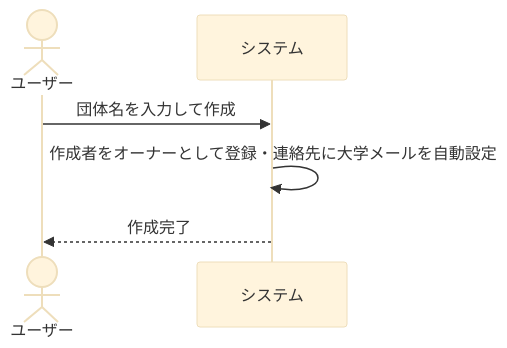
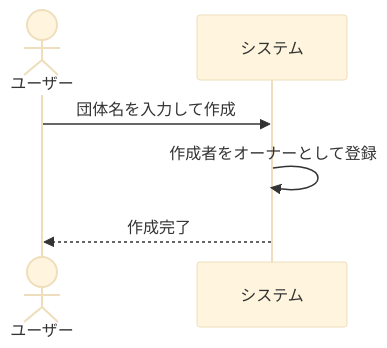
The second of 2 diagrams in rdra/contexts/group-management.md (gdsc-osaka/iclub-reserve), drawn with Mermaid (base theme) before and after one commit. The commit also changed other lines of this file, not shown here.

````diff
--- a/rdra/contexts/group-management.md
+++ b/rdra/contexts/group-management.md
@@ -156,9 +156,9 @@
 ```mermaid
 sequenceDiagram
     actor ユーザー
     participant システム
 
     ユーザー->>システム: 団体名を入力して作成
-    システム->>システム: 作成者をオーナーとして登録・連絡先に大学メールを自動設定
+    システム->>システム: 作成者をオーナーとして登録
     システム-->>ユーザー: 作成完了
 ```
````
